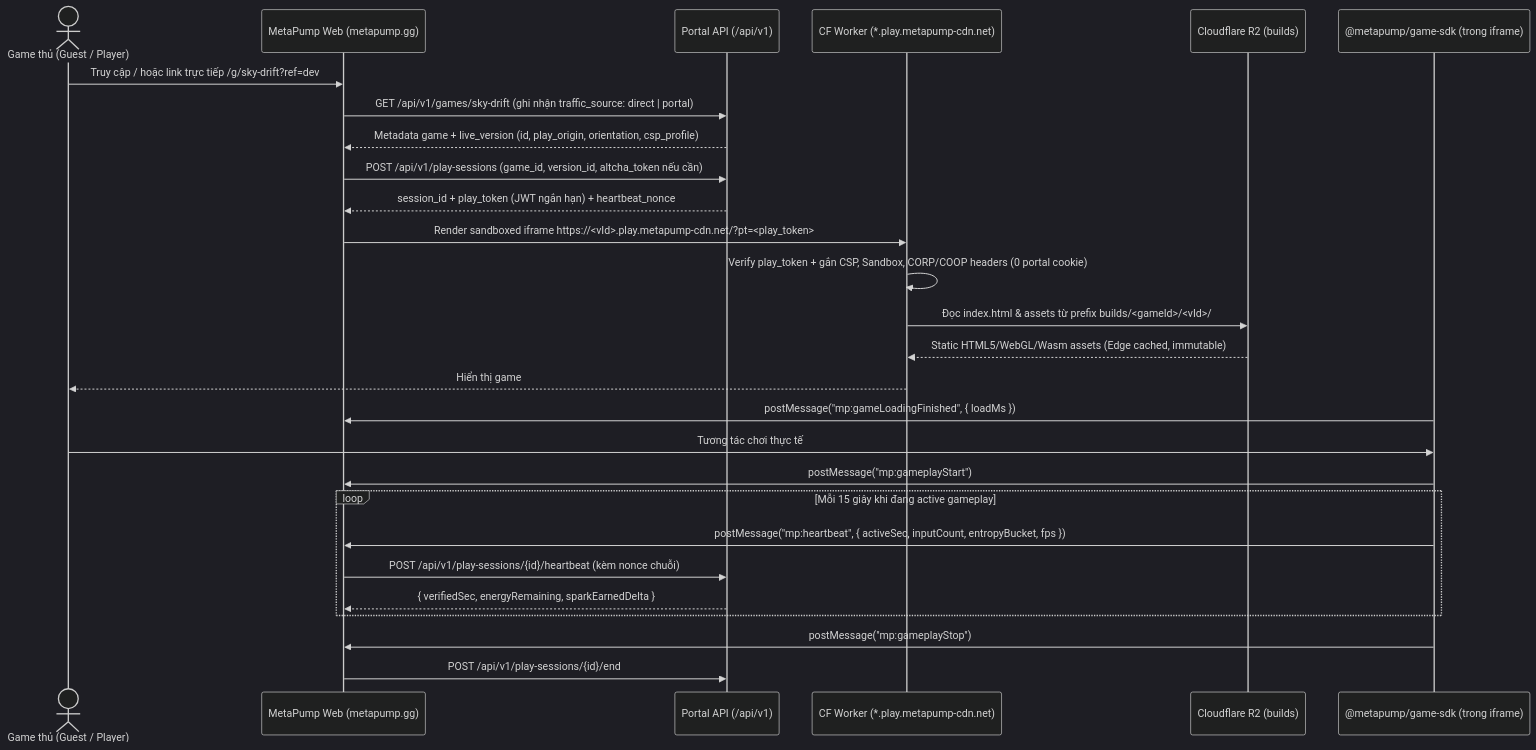
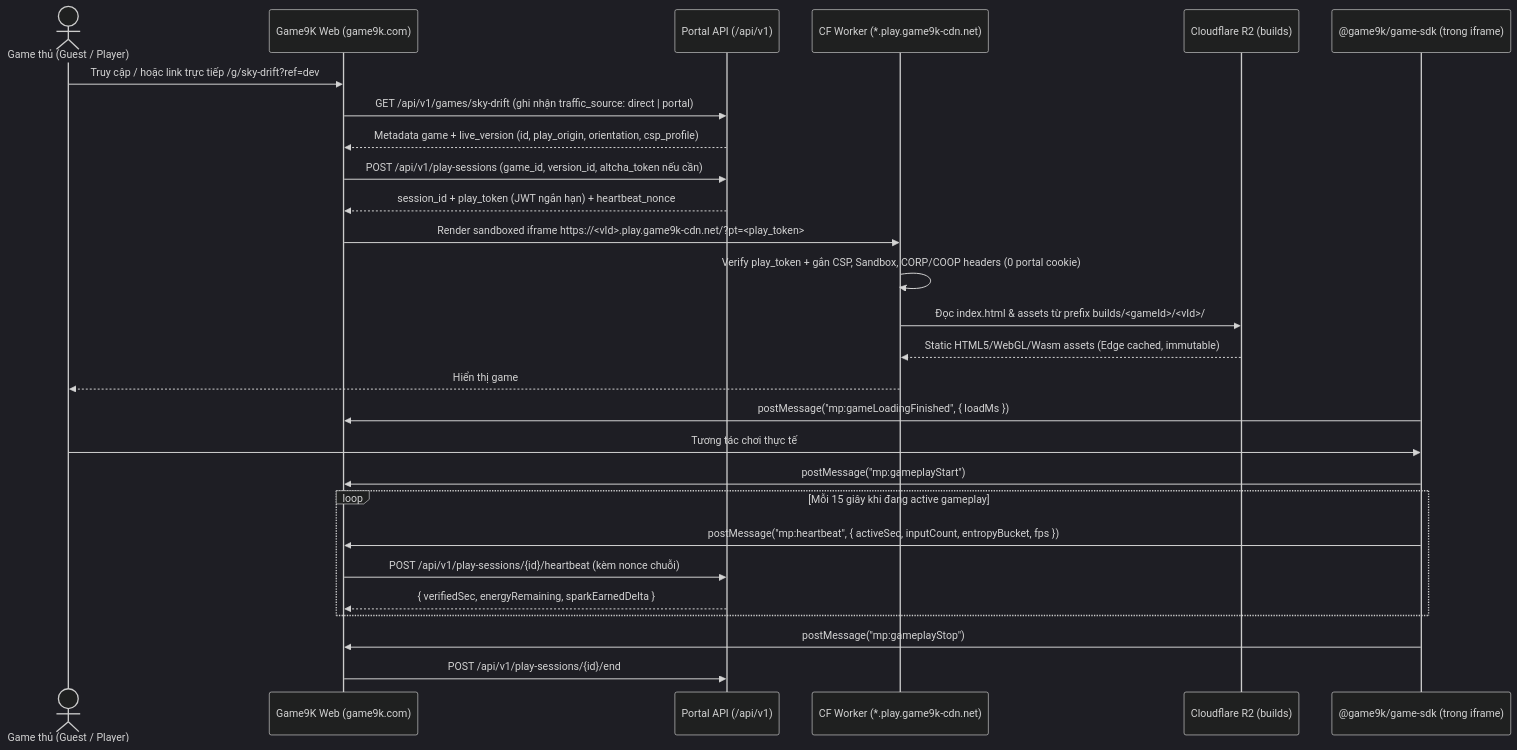
One commit to khanhlegood1/GameFun changed the second of 8 diagrams in docs/01-user-flows-and-ux.md. Above: the diagram before and after it, drawn with Mermaid (dark theme). The commit also changed other lines of this file and 21 other files, not shown here.

First line of the commit message:
refactor(brand): rename the project to Game9K Funding Portal (game9k.com)

````diff
--- a/docs/01-user-flows-and-ux.md
+++ b/docs/01-user-flows-and-ux.md
@@ -67,30 +67,30 @@
 ```mermaid
 sequenceDiagram
     actor Player as Game thủ (Guest / Player)
-    participant Portal as MetaPump Web (metapump.gg)
+    participant Portal as Game9K Web (game9k.com)
     participant API as Portal API (/api/v1)
-    participant Edge as CF Worker (*.play.metapump-cdn.net)
+    participant Edge as CF Worker (*.play.game9k-cdn.net)
     participant R2 as Cloudflare R2 (builds)
-    participant SDK as @metapump/game-sdk (trong iframe)
+    participant SDK as @game9k/game-sdk (trong iframe)
 
     Player->>Portal: Truy cập / hoặc link trực tiếp /g/sky-drift?ref=dev
     Portal->>API: GET /api/v1/games/sky-drift (ghi nhận traffic_source: direct | portal)
     API-->>Portal: Metadata game + live_version (id, play_origin, orientation, csp_profile)
     Portal->>API: POST /api/v1/play-sessions (game_id, version_id, altcha_token nếu cần)
     API-->>Portal: session_id + play_token (JWT ngắn hạn) + heartbeat_nonce
-    Portal->>Edge: Render sandboxed iframe https://<vId>.play.metapump-cdn.net/?pt=<play_token>
+    Portal->>Edge: Render sandboxed iframe https://<vId>.play.game9k-cdn.net/?pt=<play_token>
     Edge->>Edge: Verify play_token + gắn CSP, Sandbox, CORP/COOP headers (0 portal cookie)
     Edge->>R2: Đọc index.html & assets từ prefix builds/<gameId>/<vId>/
     R2-->>Edge: Static HTML5/WebGL/Wasm assets (Edge cached, immutable)
     Edge-->>Player: Hiển thị game
     SDK->>Portal: postMessage("mp:gameLoadingFinished", { loadMs })
     Player->>SDK: Tương tác chơi thực tế
     SDK->>Portal: postMessage("mp:gameplayStart")
     loop Mỗi 15 giây khi đang active gameplay
         SDK->>Portal: postMessage("mp:heartbeat", { activeSec, inputCount, entropyBucket, fps })
         Portal->>API: POST /api/v1/play-sessions/{id}/heartbeat (kèm nonce chuỗi)
         API-->>Portal: { verifiedSec, energyRemaining, sparkEarnedDelta }
     end
     SDK->>Portal: postMessage("mp:gameplayStop")
     Portal->>API: POST /api/v1/play-sessions/{id}/end
 ```
````
